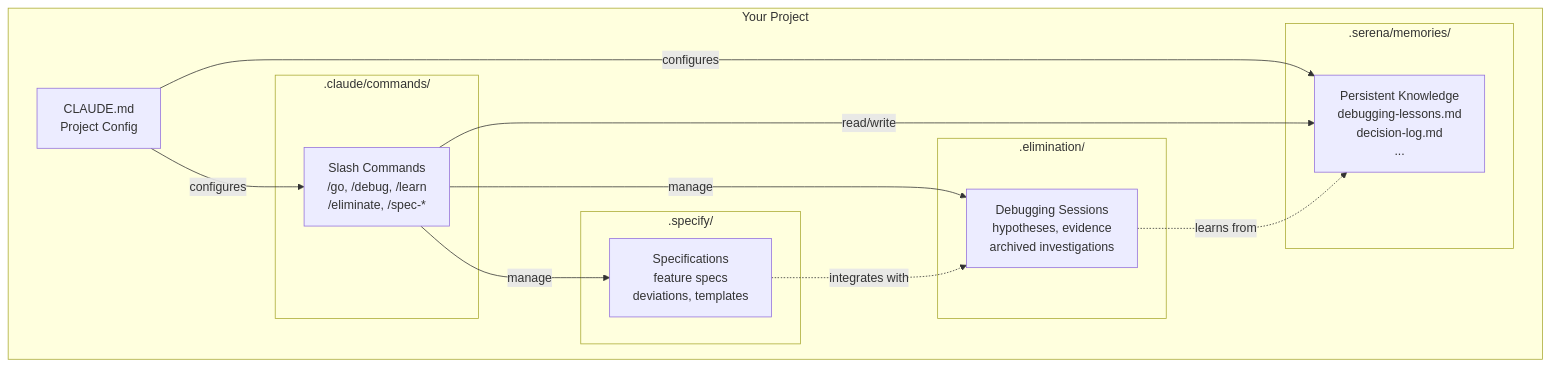
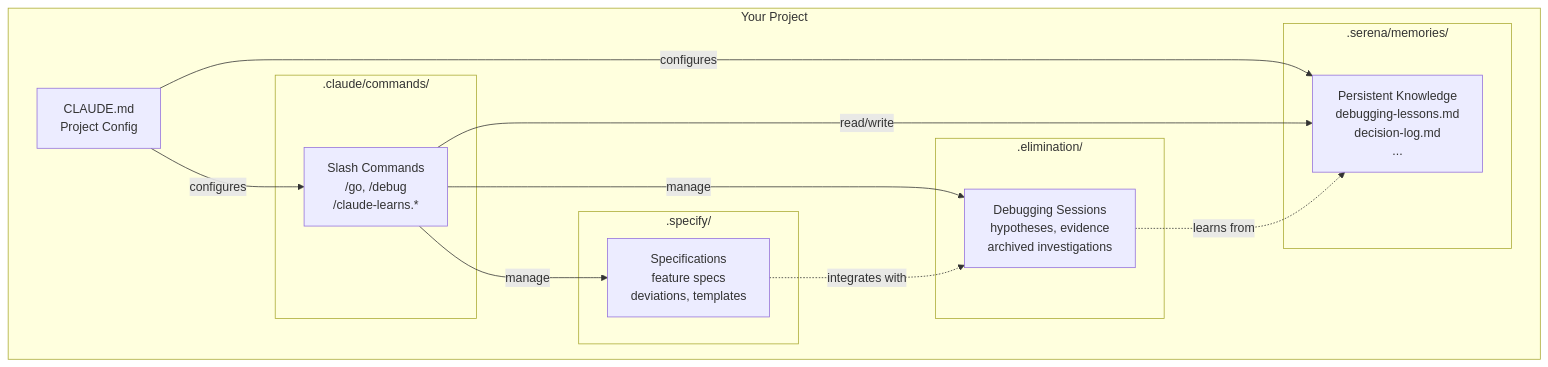
The first of 2 diagrams in README.md (danielcbright/claude-learns), drawn with Mermaid before and after one commit. The commit also changed other lines of this file and 82 other files, not shown here.

First line of the commit message:
Rename template-specific commands with claude-learns. prefix

````diff
--- a/README.md
+++ b/README.md
@@ -40,30 +40,30 @@
 ```mermaid
 graph TB
     subgraph "Your Project"
         CLAUDE[CLAUDE.md<br/>Project Config]
 
         subgraph ".serena/memories/"
             MEM[Persistent Knowledge<br/>debugging-lessons.md<br/>decision-log.md<br/>...]
         end
 
         subgraph ".claude/commands/"
-            CMD[Slash Commands<br/>/go, /debug, /learn<br/>/eliminate, /spec-*]
+            CMD[Slash Commands<br/>/go, /debug<br/>/claude-learns.*]
         end
 
         subgraph ".elimination/"
             ELIM[Debugging Sessions<br/>hypotheses, evidence<br/>archived investigations]
         end
 
         subgraph ".specify/"
             SPEC[Specifications<br/>feature specs<br/>deviations, templates]
         end
     end
 
     CLAUDE -->|configures| MEM
     CLAUDE -->|configures| CMD
     CMD -->|read/write| MEM
     CMD -->|manage| ELIM
     CMD -->|manage| SPEC
     ELIM -.->|learns from| MEM
     SPEC -.->|integrates with| ELIM
 ```
````
